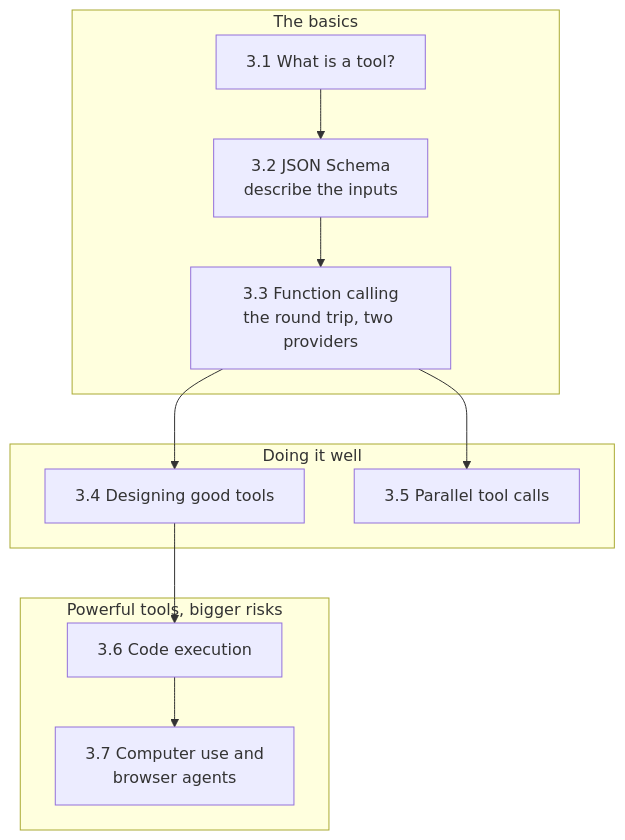
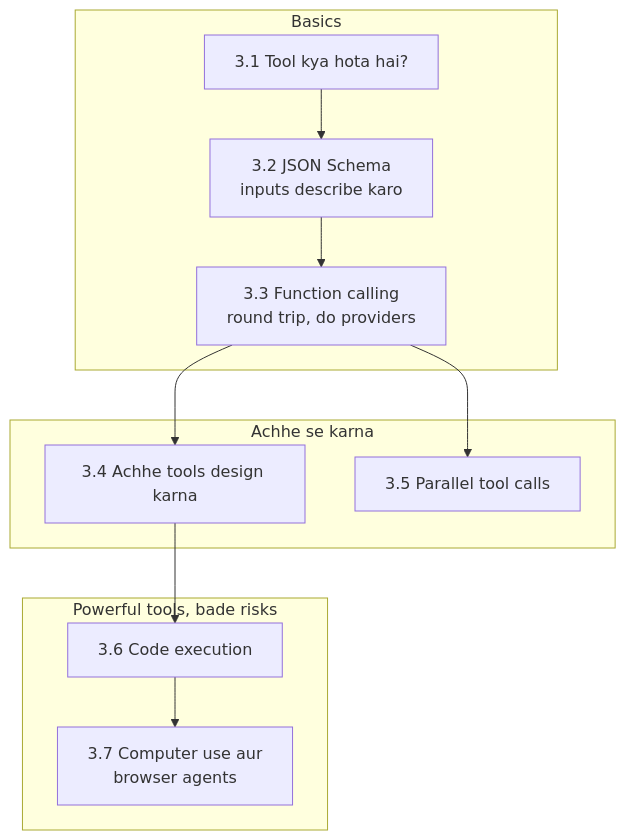
The diagram in docs/03-tools-and-function-calling/README.md (asmustechno/agentic-ai-notes), drawn with Mermaid before and after one commit. The commit also changed other lines of this file and 135 other files, not shown here.

````diff
--- a/docs/03-tools-and-function-calling/README.md
+++ b/docs/03-tools-and-function-calling/README.md
@@ -27,19 +27,19 @@
 ```mermaid
 flowchart TD
-    subgraph basics["The basics"]
-        A["3.1 What is a tool?"] --> B["3.2 JSON Schema<br/>describe the inputs"]
-        B --> C["3.3 Function calling<br/>the round trip, two providers"]
+    subgraph basics["Basics"]
+        A["3.1 Tool kya hota hai?"] --> B["3.2 JSON Schema<br/>inputs describe karo"]
+        B --> C["3.3 Function calling<br/>round trip, do providers"]
     end
-    subgraph craft["Doing it well"]
-        D["3.4 Designing good tools"]
+    subgraph craft["Achhe se karna"]
+        D["3.4 Achhe tools design karna"]
         E["3.5 Parallel tool calls"]
     end
-    subgraph power["Powerful tools, bigger risks"]
+    subgraph power["Powerful tools, bade risks"]
         F["3.6 Code execution"]
-        G["3.7 Computer use and<br/>browser agents"]
+        G["3.7 Computer use aur<br/>browser agents"]
     end
     C --> D
     C --> E
     D --> F
     F --> G
 ```
````
